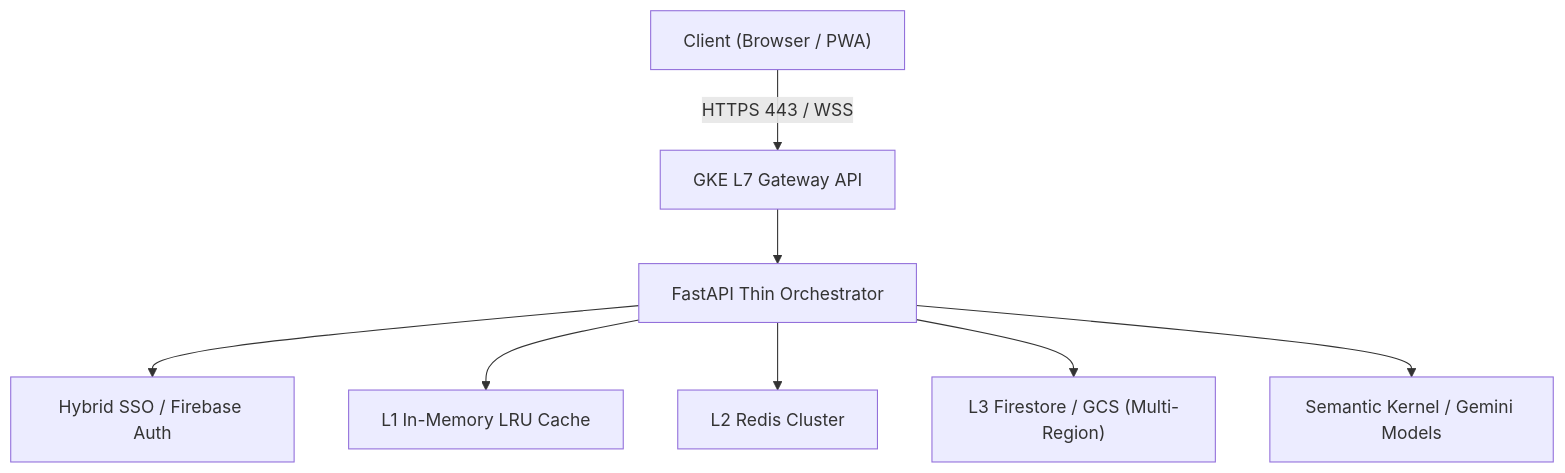
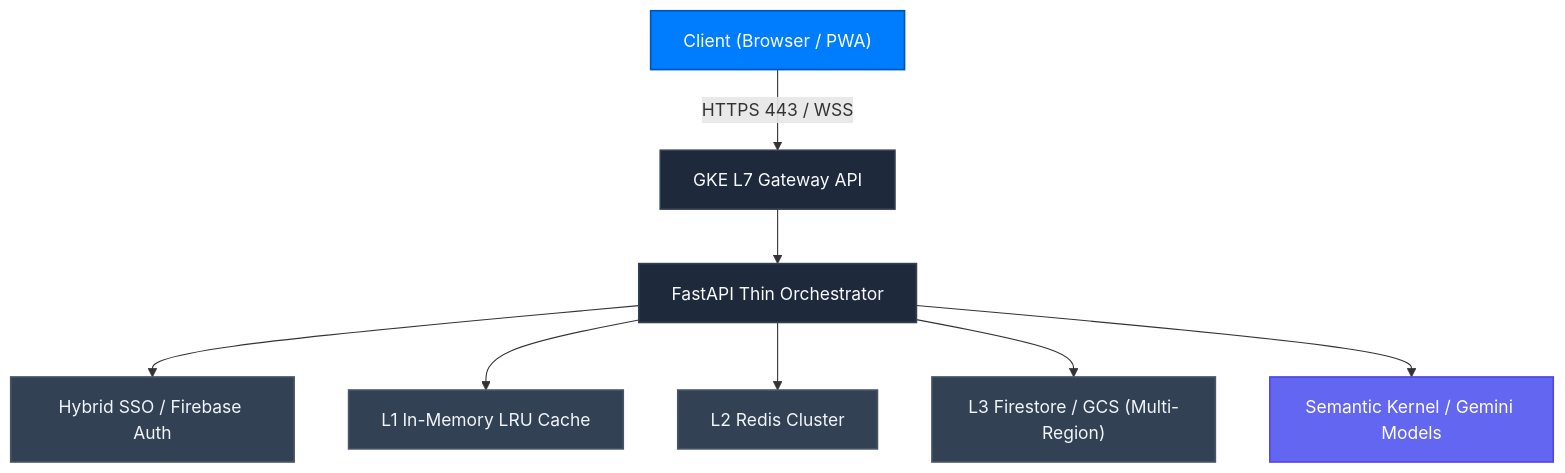
One commit to Connex-Brothers-Consulting-Group/cbcg-hs-connex-docs changed the diagram in get-started/architecture.mdx. Above: the diagram before and after it, drawn with Mermaid. The commit also changed 35 other files, not shown here.

First line of the commit message:
feat(docs): overhaul enterprise architecture, 6-tab navigation, and 5-pillar user manuals

````diff
--- a/get-started/architecture.mdx
+++ b/get-started/architecture.mdx
@@ -9,10 +9,16 @@
 ```mermaid
 graph TD
-    Client["Client (Browser / PWA)"] -->|HTTPS 443 / WSS| Gateway["GKE L7 Gateway API"]
-    Gateway --> FastRouter["FastAPI Thin Orchestrator"]
-    FastRouter --> Auth["Hybrid SSO / Firebase Auth"]
-    FastRouter --> L1Cache["L1 In-Memory LRU Cache"]
-    FastRouter --> L2Cache["L2 Redis Cluster"]
-    FastRouter --> L3Storage["L3 Firestore / GCS (Multi-Region)"]
-    FastRouter --> AI["Semantic Kernel / Gemini Models"]
+    classDef primary fill:#007CFF,stroke:#0056B3,stroke-width:1.5px,color:#FFFFFF;
+    classDef enterprise fill:#1E293B,stroke:#334155,stroke-width:1.5px,color:#F8FAFC;
+    classDef accent fill:#0D9488,stroke:#0F766E,stroke-width:1.5px,color:#FFFFFF;
+    classDef storage fill:#334155,stroke:#475569,stroke-width:1.5px,color:#F1F5F9;
+    classDef ai fill:#6366F1,stroke:#4F46E5,stroke-width:1.5px,color:#FFFFFF;
+
+    Client["Client (Browser / PWA)"]:::primary -->|HTTPS 443 / WSS| Gateway["GKE L7 Gateway API"]:::enterprise
+    Gateway --> FastRouter["FastAPI Thin Orchestrator"]:::enterprise
+    FastRouter --> Auth["Hybrid SSO / Firebase Auth"]:::storage
+    FastRouter --> L1Cache["L1 In-Memory LRU Cache"]:::storage
+    FastRouter --> L2Cache["L2 Redis Cluster"]:::storage
+    FastRouter --> L3Storage["L3 Firestore / GCS (Multi-Region)"]:::storage
+    FastRouter --> AI["Semantic Kernel / Gemini Models"]:::ai
 ```
````
